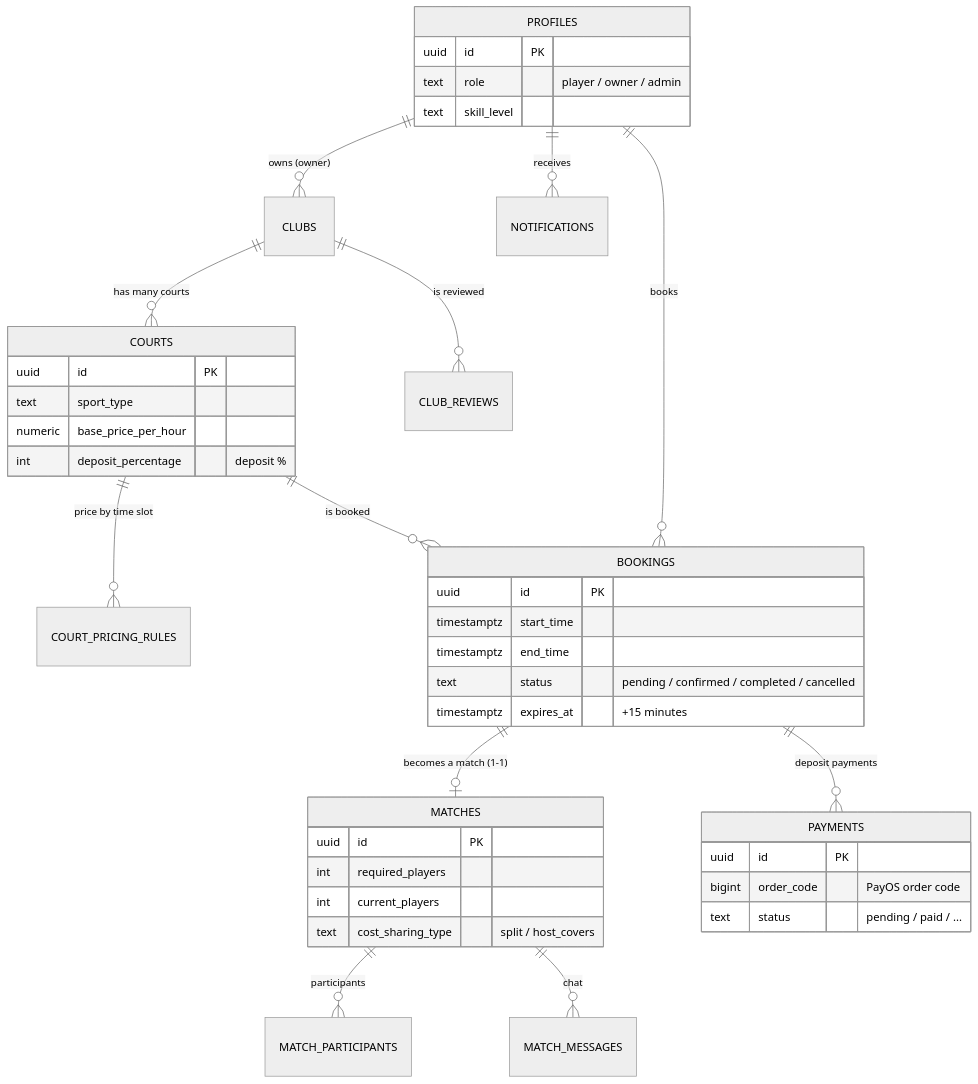
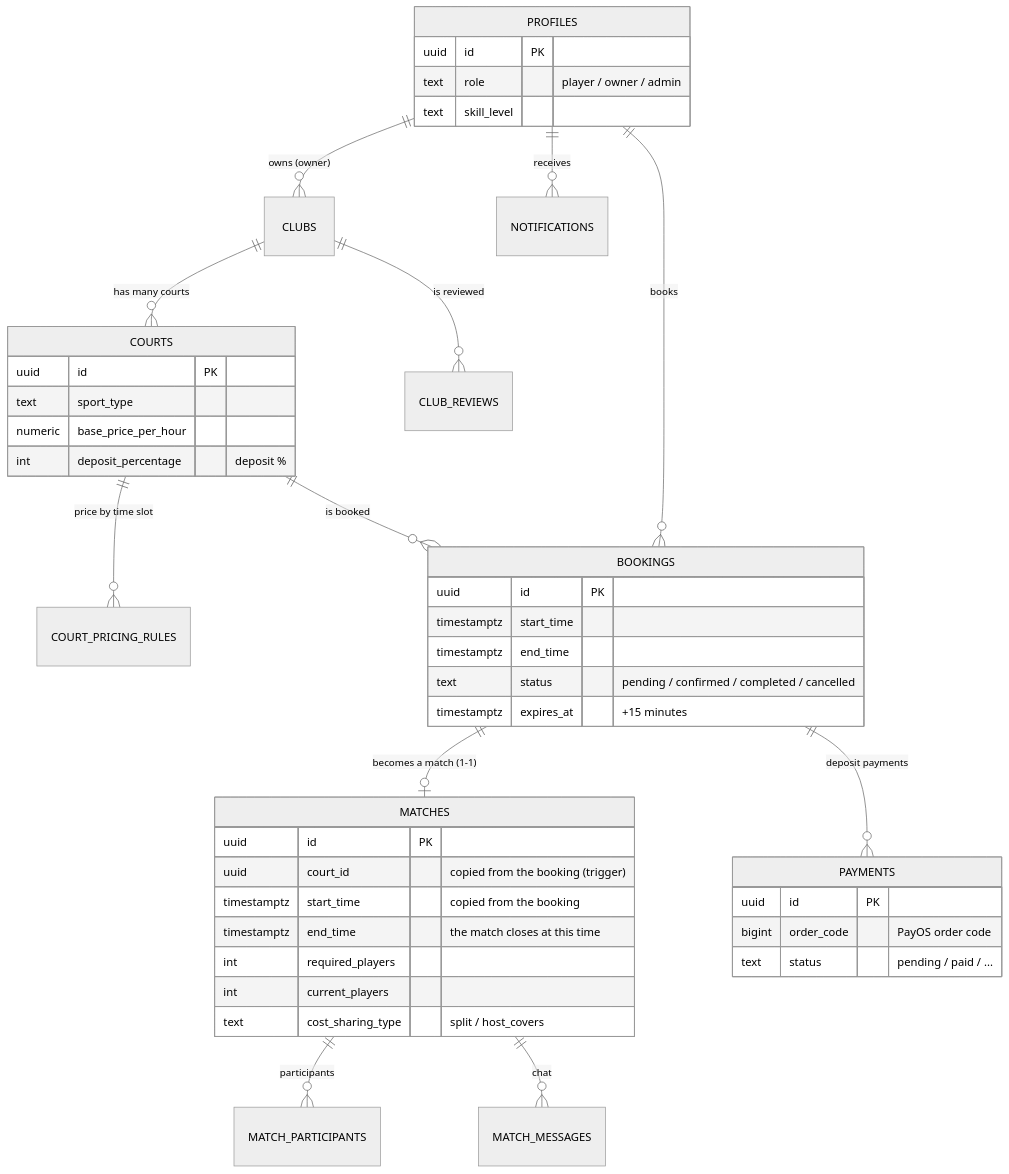
One commit to tuan2304/sportarena changed the eighth of 8 diagrams in README.en.md. Above: the diagram before and after it, drawn with Mermaid (neutral theme). The commit also changed other lines of this file and 2 other files, not shown here.

````diff
--- a/README.en.md
+++ b/README.en.md
@@ -326,44 +337,47 @@
 ```mermaid
 erDiagram
     PROFILES ||--o{ CLUBS : "owns (owner)"
     CLUBS ||--o{ COURTS : "has many courts"
     COURTS ||--o{ COURT_PRICING_RULES : "price by time slot"
     COURTS ||--o{ BOOKINGS : "is booked"
     PROFILES ||--o{ BOOKINGS : "books"
     BOOKINGS ||--o| MATCHES : "becomes a match (1-1)"
     BOOKINGS ||--o{ PAYMENTS : "deposit payments"
     MATCHES ||--o{ MATCH_PARTICIPANTS : "participants"
     MATCHES ||--o{ MATCH_MESSAGES : "chat"
     CLUBS ||--o{ CLUB_REVIEWS : "is reviewed"
     PROFILES ||--o{ NOTIFICATIONS : "receives"
 
     PROFILES {
         uuid id PK
         text role "player / owner / admin"
         text skill_level
     }
     COURTS {
         uuid id PK
         text sport_type
         numeric base_price_per_hour
         int deposit_percentage "deposit %"
     }
     BOOKINGS {
         uuid id PK
         timestamptz start_time
         timestamptz end_time
         text status "pending / confirmed / completed / cancelled"
         timestamptz expires_at "+15 minutes"
     }
     MATCHES {
         uuid id PK
+        uuid court_id "copied from the booking (trigger)"
+        timestamptz start_time "copied from the booking"
+        timestamptz end_time "the match closes at this time"
         int required_players
         int current_players
         text cost_sharing_type "split / host_covers"
     }
     PAYMENTS {
         uuid id PK
         bigint order_code "PayOS order code"
         text status "pending / paid / ..."
     }
 ```
````
